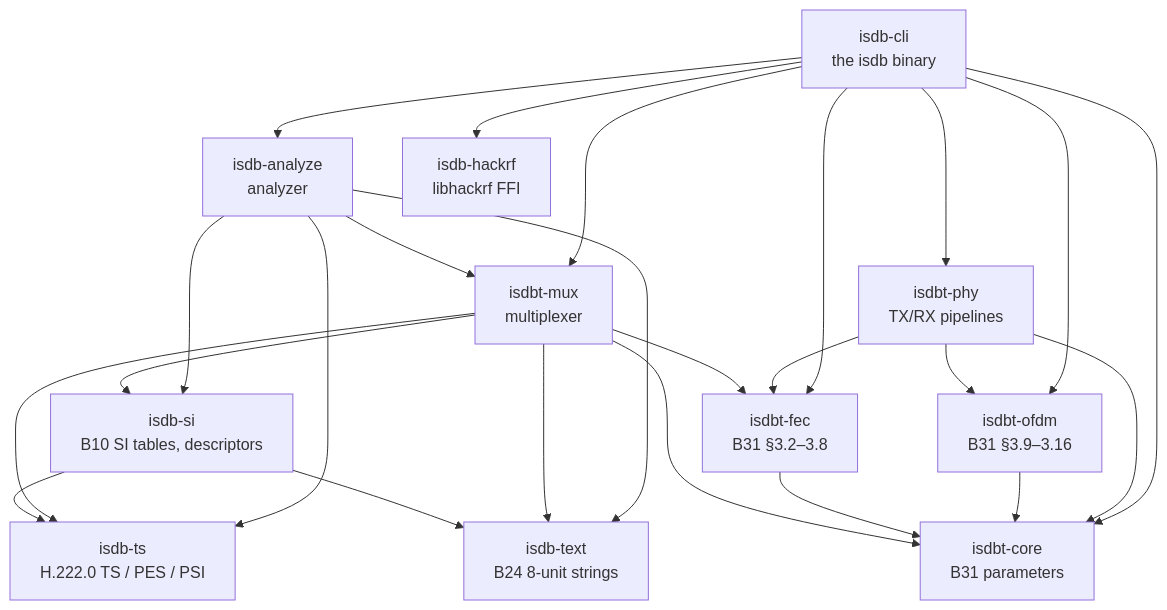
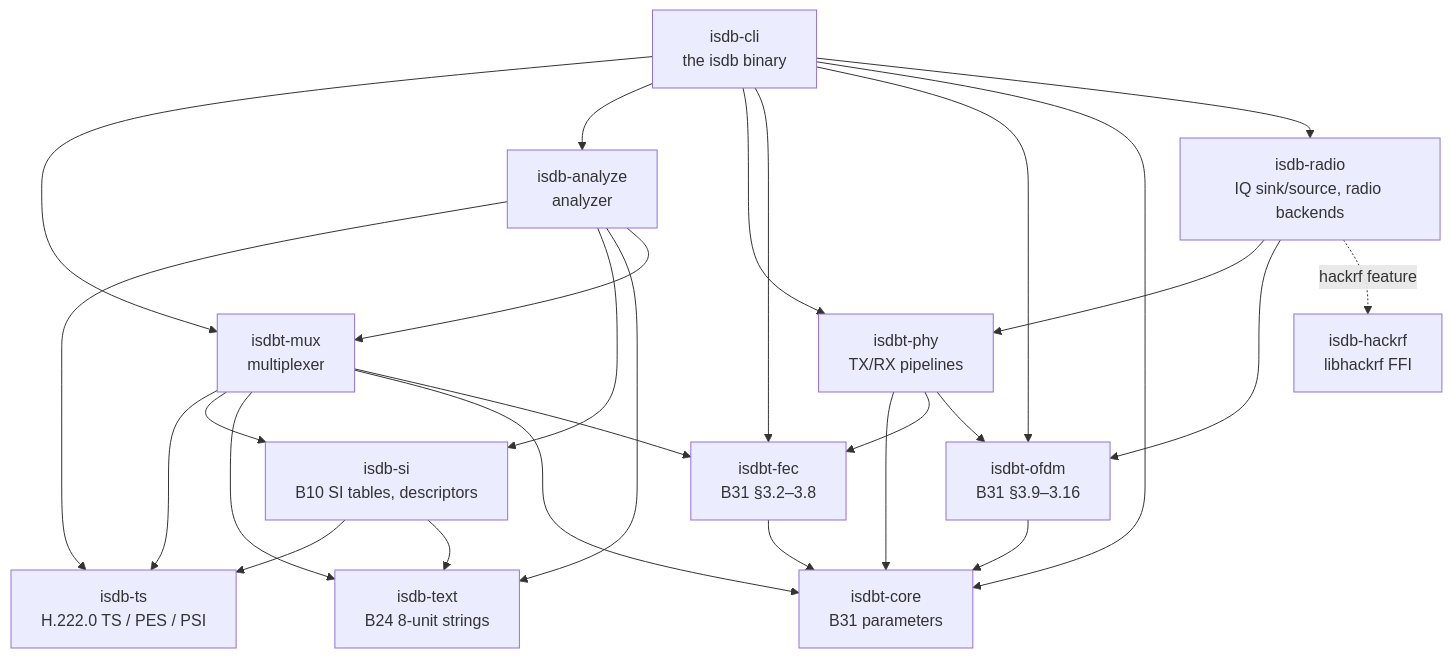
One commit to a1678991/isdb-rs changed the diagram in docs/architecture.md. Above: the diagram before and after it, drawn with Mermaid. The commit also changed other lines of this file and 13 other files, not shown here.

First line of the commit message:
docs: document isdb-radio and the --radio / --gain options

````diff
--- a/docs/architecture.md
+++ b/docs/architecture.md
@@ -39,38 +39,42 @@
 ```mermaid
 graph TD
   ts[isdb-ts<br/>H.222.0 TS / PES / PSI]
   text[isdb-text<br/>B24 8-unit strings]
   si[isdb-si<br/>B10 SI tables, descriptors]
   core[isdbt-core<br/>B31 parameters]
   fec[isdbt-fec<br/>B31 §3.2–3.8]
   ofdm[isdbt-ofdm<br/>B31 §3.9–3.16]
   phy[isdbt-phy<br/>TX/RX pipelines]
   mux[isdbt-mux<br/>multiplexer]
   ana[isdb-analyze<br/>analyzer]
+  radio[isdb-radio<br/>IQ sink/source, radio backends]
   hrf[isdb-hackrf<br/>libhackrf FFI]
   cli[isdb-cli<br/>the isdb binary]
 
   si --> ts
   si --> text
   mux --> ts
   mux --> si
   mux --> text
   mux --> core
   mux --> fec
   ana --> ts
   ana --> si
   ana --> text
   ana --> mux
   fec --> core
   ofdm --> core
   phy --> core
   phy --> fec
   phy --> ofdm
+  radio --> phy
+  radio --> ofdm
+  radio -. "hackrf feature" .-> hrf
   cli --> mux
   cli --> ana
   cli --> phy
   cli --> fec
   cli --> ofdm
   cli --> core
-  cli --> hrf
+  cli --> radio
 ```
````
